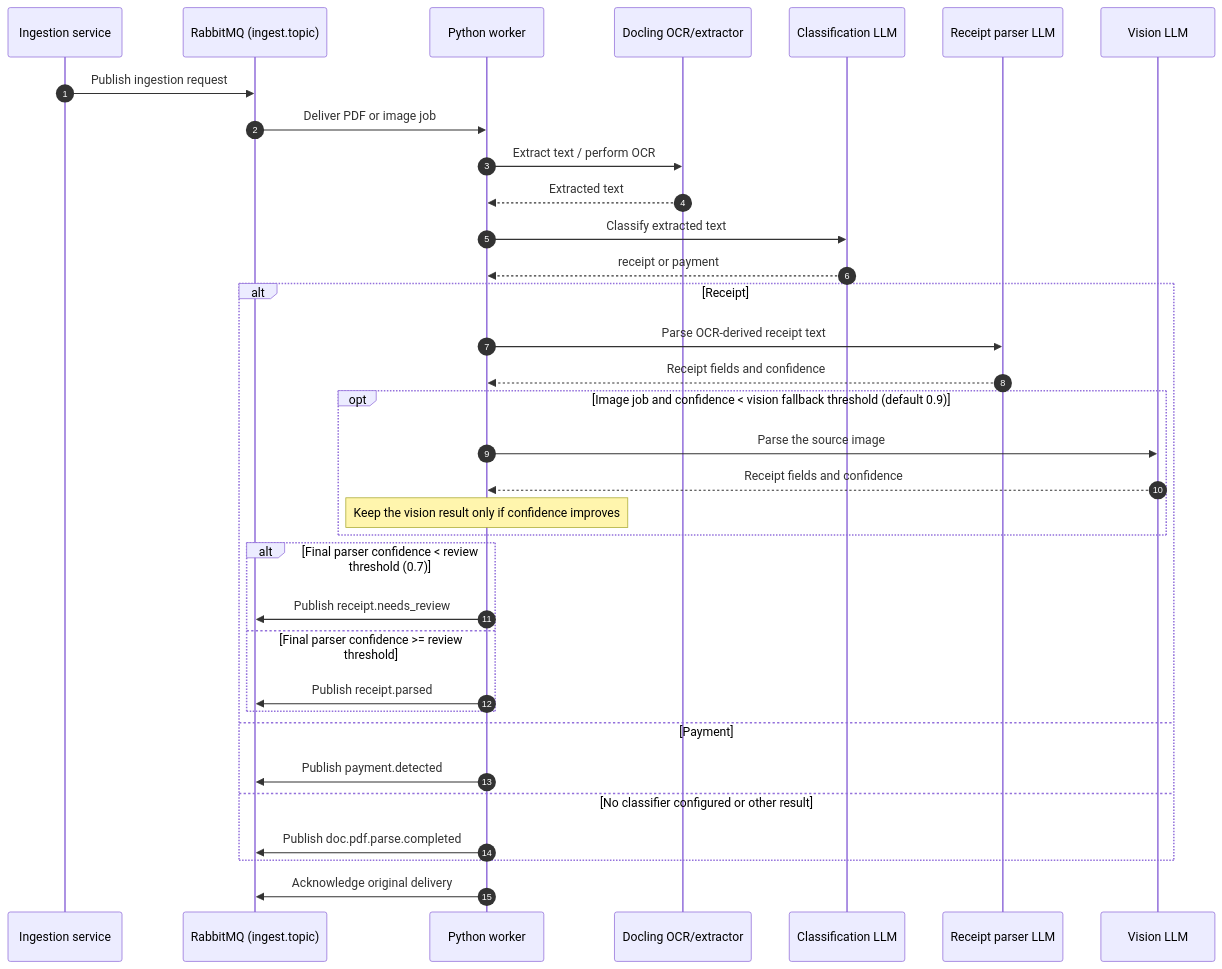
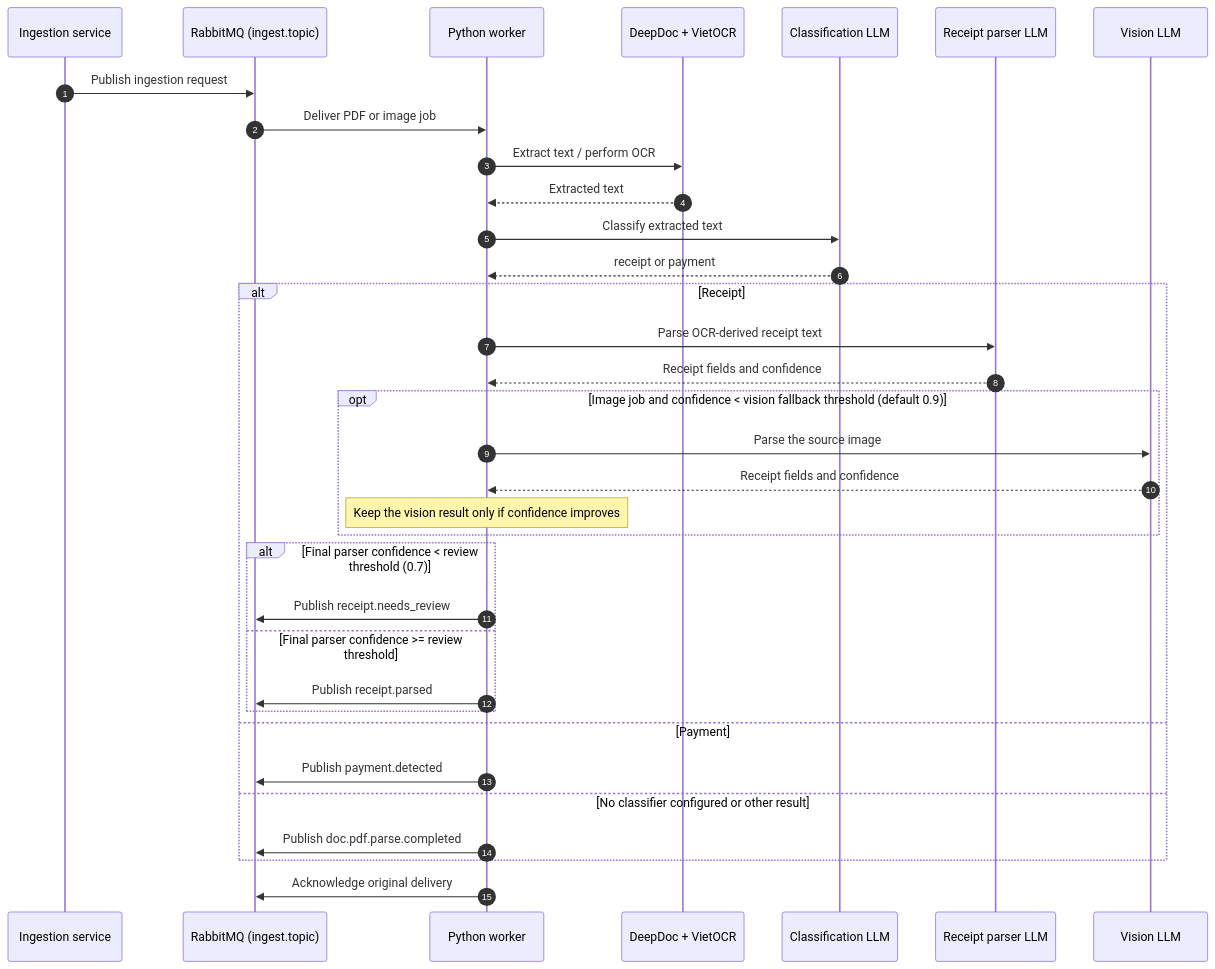
Before and after one commit to dunglucbac/rag-chatbot: the diagram in python-worker/README.md, drawn with Mermaid. The commit also changed other lines of this file and 12 other files, not shown here.

````diff
--- a/python-worker/README.md
+++ b/python-worker/README.md
@@ -87,39 +127,39 @@
 ```mermaid
 sequenceDiagram
     autonumber
     participant Producer as Ingestion service
     participant RabbitMQ as RabbitMQ (ingest.topic)
     participant Worker as Python worker
-    participant Docling as Docling OCR/extractor
+    participant DeepDoc as DeepDoc + VietOCR
     participant Classifier as Classification LLM
     participant Parser as Receipt parser LLM
     participant Vision as Vision LLM
 
     Producer->>RabbitMQ: Publish ingestion request
     RabbitMQ->>Worker: Deliver PDF or image job
-    Worker->>Docling: Extract text / perform OCR
-    Docling-->>Worker: Extracted text
+    Worker->>DeepDoc: Extract text / perform OCR
+    DeepDoc-->>Worker: Extracted text
     Worker->>Classifier: Classify extracted text
     Classifier-->>Worker: receipt or payment
 
     alt Receipt
         Worker->>Parser: Parse OCR-derived receipt text
         Parser-->>Worker: Receipt fields and confidence
         opt Image job and confidence < vision fallback threshold (default 0.9)
             Worker->>Vision: Parse the source image
             Vision-->>Worker: Receipt fields and confidence
             Note over Worker: Keep the vision result only if confidence improves
         end
         alt Final parser confidence < review threshold (0.7)
             Worker->>RabbitMQ: Publish receipt.needs_review
         else Final parser confidence >= review threshold
             Worker->>RabbitMQ: Publish receipt.parsed
         end
     else Payment
         Worker->>RabbitMQ: Publish payment.detected
     else No classifier configured or other result
         Worker->>RabbitMQ: Publish doc.pdf.parse.completed
     end
 
     Worker->>RabbitMQ: Acknowledge original delivery
 ```
````
